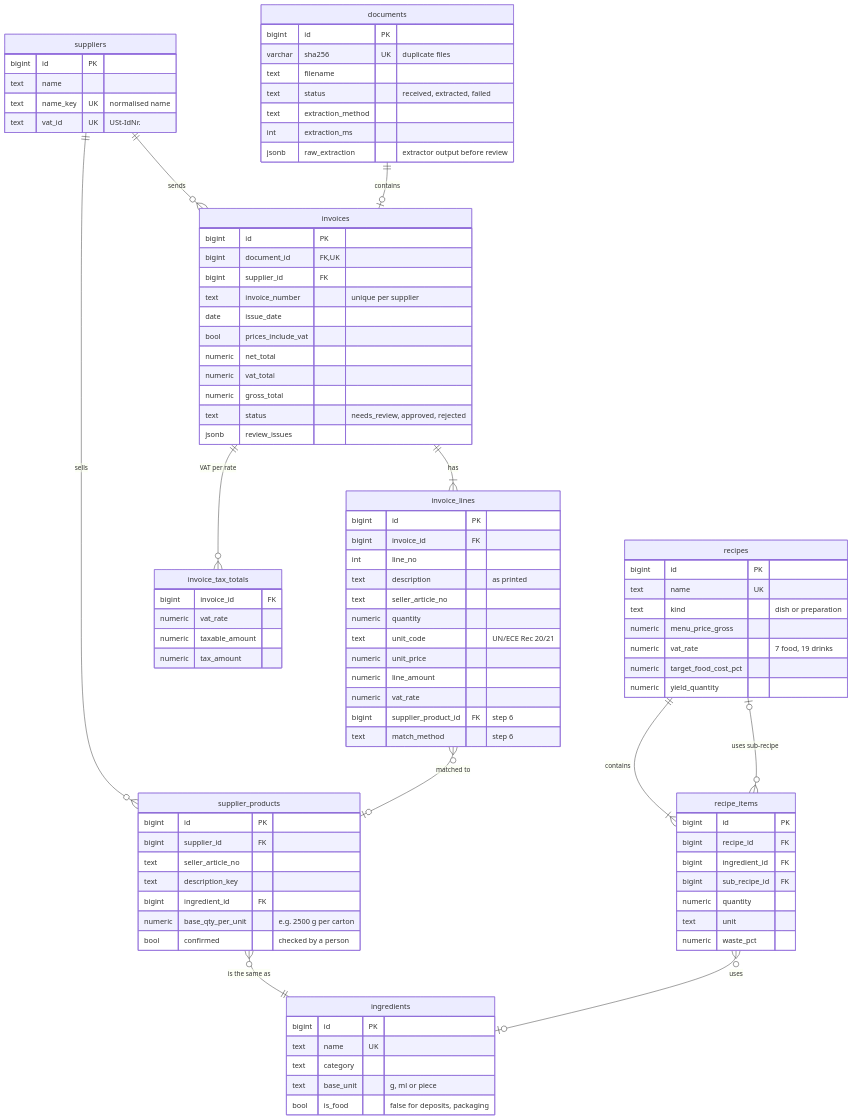
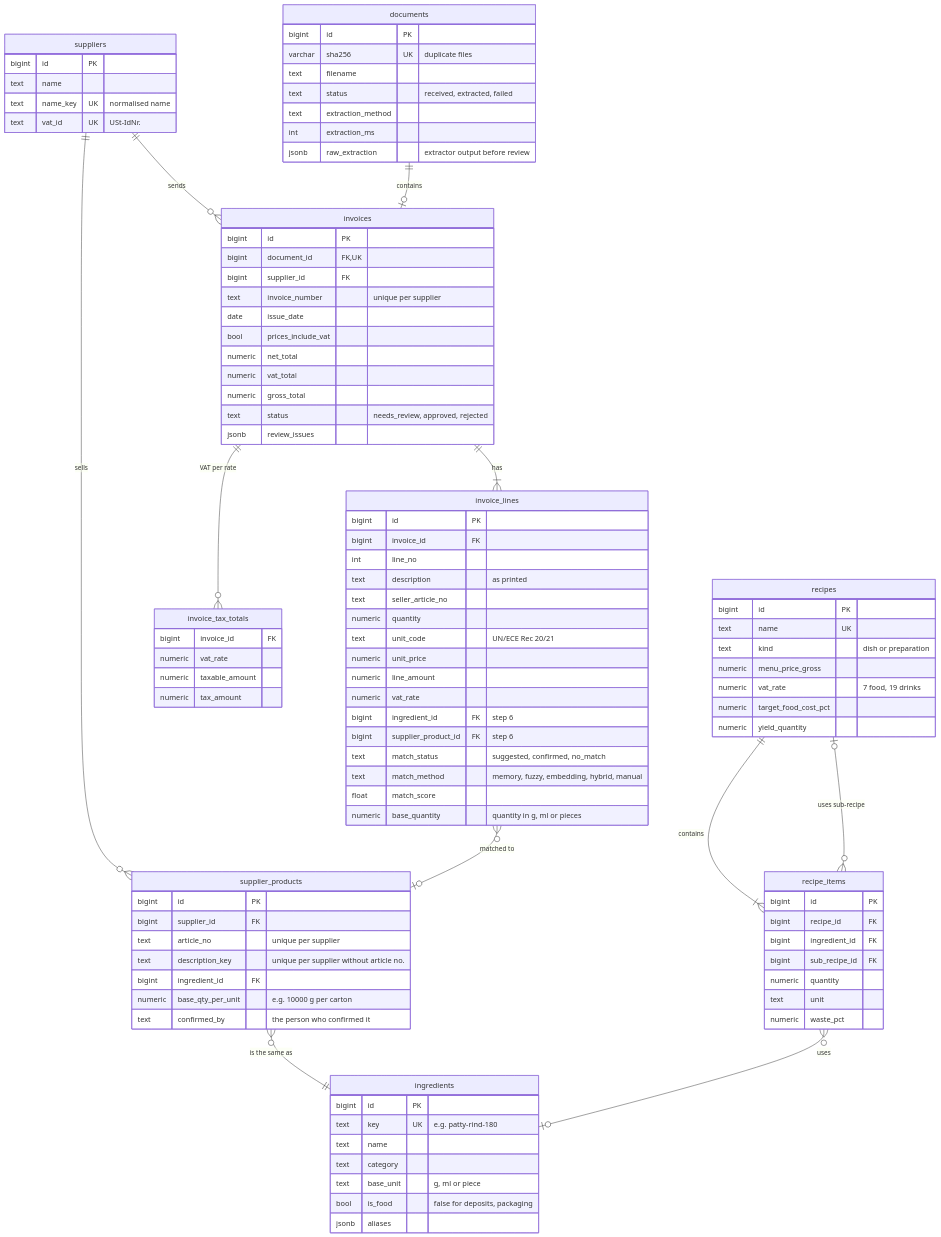
Before and after one commit to Anant2580/wareneinsatz-pilot: the diagram in docs/schema.md, drawn with Mermaid. The commit also changed other lines of this file and 23 other files, not shown here.

```diff
--- a/docs/schema.md
+++ b/docs/schema.md
@@ -62,24 +62,30 @@
         numeric unit_price
         numeric line_amount
         numeric vat_rate
+        bigint ingredient_id FK "step 6"
         bigint supplier_product_id FK "step 6"
-        text match_method "step 6"
+        text match_status "suggested, confirmed, no_match"
+        text match_method "memory, fuzzy, embedding, hybrid, manual"
+        float match_score
+        numeric base_quantity "quantity in g, ml or pieces"
     }
     ingredients {
         bigint id PK
-        text name UK
+        text key UK "e.g. patty-rind-180"
+        text name
         text category
         text base_unit "g, ml or piece"
         bool is_food "false for deposits, packaging"
+        jsonb aliases
     }
     supplier_products {
         bigint id PK
         bigint supplier_id FK
-        text seller_article_no
-        text description_key
+        text article_no "unique per supplier"
+        text description_key "unique per supplier without article no."
         bigint ingredient_id FK
-        numeric base_qty_per_unit "e.g. 2500 g per carton"
-        bool confirmed "checked by a person"
+        numeric base_qty_per_unit "e.g. 10000 g per carton"
+        text confirmed_by "the person who confirmed it"
     }
     recipes {
         bigint id PK
```
